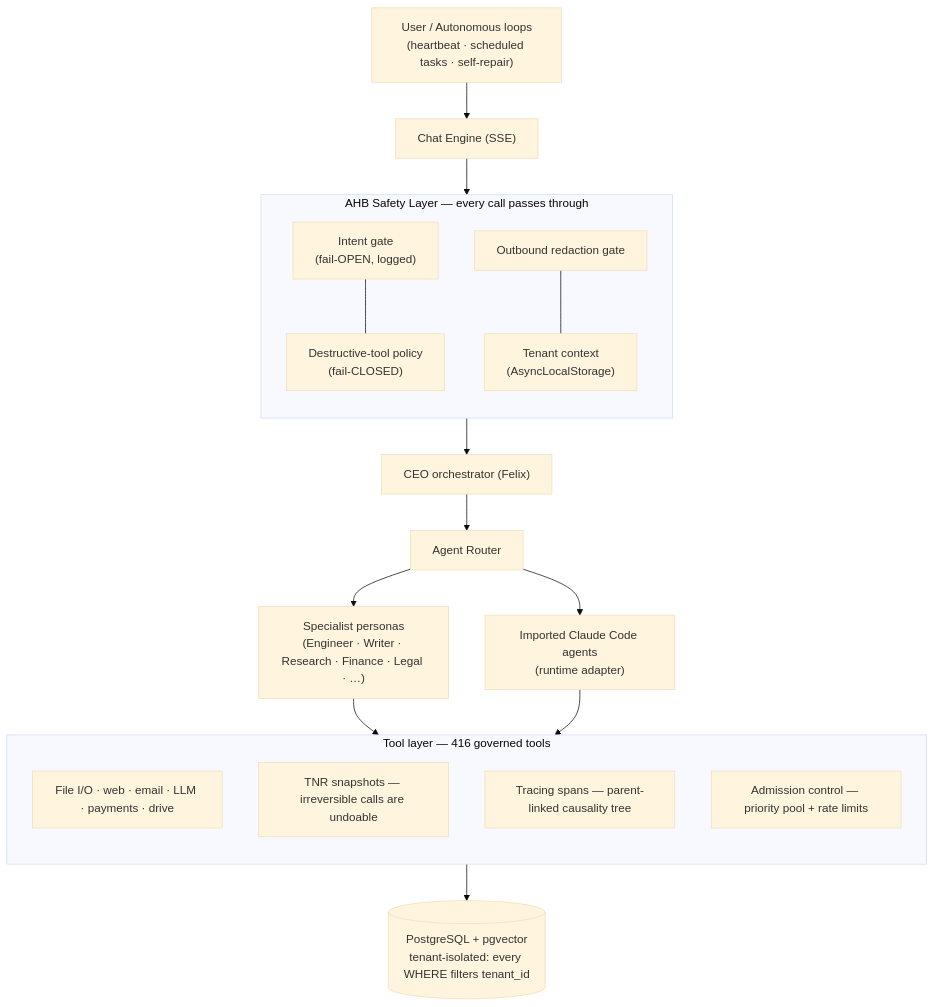
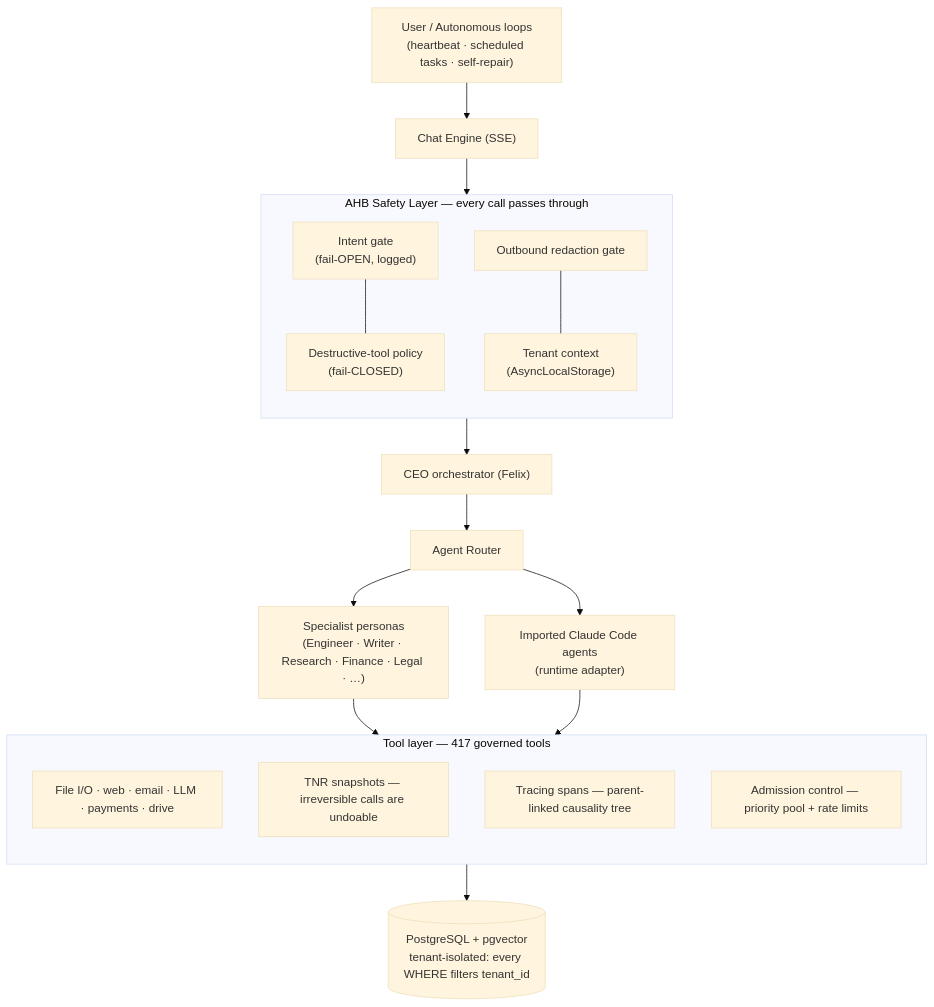
The diagram in README.md (Huskyauto/VisionClaw-Agent-Public-Release), drawn with Mermaid (base theme) before and after one commit. The commit also changed other lines of this file and 3 other files, not shown here.

````diff
--- a/README.md
+++ b/README.md
@@ -104,29 +104,29 @@
 ```mermaid
 flowchart TB
     U["User / Autonomous loops<br/>(heartbeat · scheduled tasks · self-repair)"] --> CE["Chat Engine (SSE)"]
     CE --> SAFETY
 
     subgraph SAFETY["AHB Safety Layer — every call passes through"]
         direction TB
         IG["Intent gate<br/>(fail-OPEN, logged)"] --- DP["Destructive-tool policy<br/>(fail-CLOSED)"]
         RG["Outbound redaction gate"] --- TC["Tenant context<br/>(AsyncLocalStorage)"]
     end
 
     SAFETY --> CEO["CEO orchestrator (Felix)"]
     CEO --> ROUTER["Agent Router"]
     ROUTER --> P1["Specialist personas<br/>(Engineer · Writer · Research · Finance · Legal · …)"]
     ROUTER --> P2["Imported Claude Code agents<br/>(runtime adapter)"]
 
     P1 --> TOOLS
     P2 --> TOOLS
 
-    subgraph TOOLS["Tool layer — 416 governed tools"]
+    subgraph TOOLS["Tool layer — 417 governed tools"]
         direction TB
         T1["File I/O · web · email · LLM · payments · drive"]
         T2["TNR snapshots — irreversible calls are undoable"]
         T3["Tracing spans — parent-linked causality tree"]
         T4["Admission control — priority pool + rate limits"]
     end
 
     TOOLS --> DB[("PostgreSQL + pgvector<br/>tenant-isolated: every WHERE filters tenant_id")]
 ```
````
